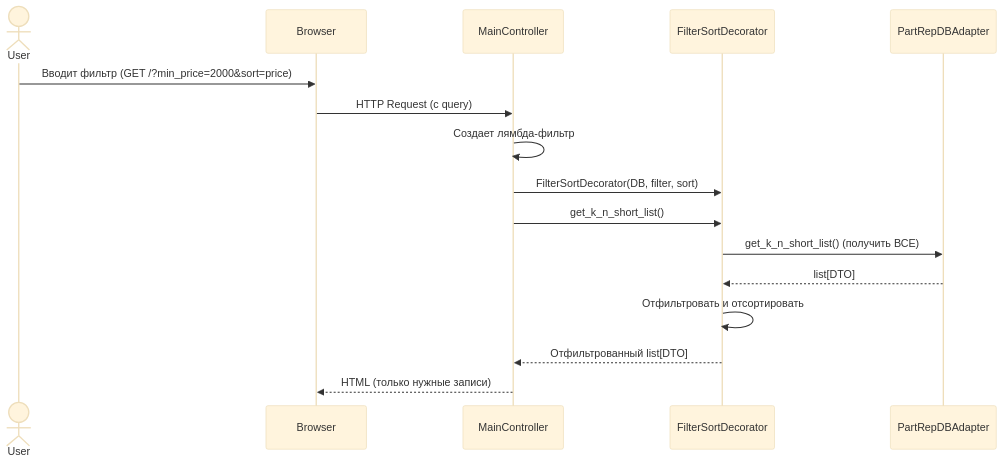
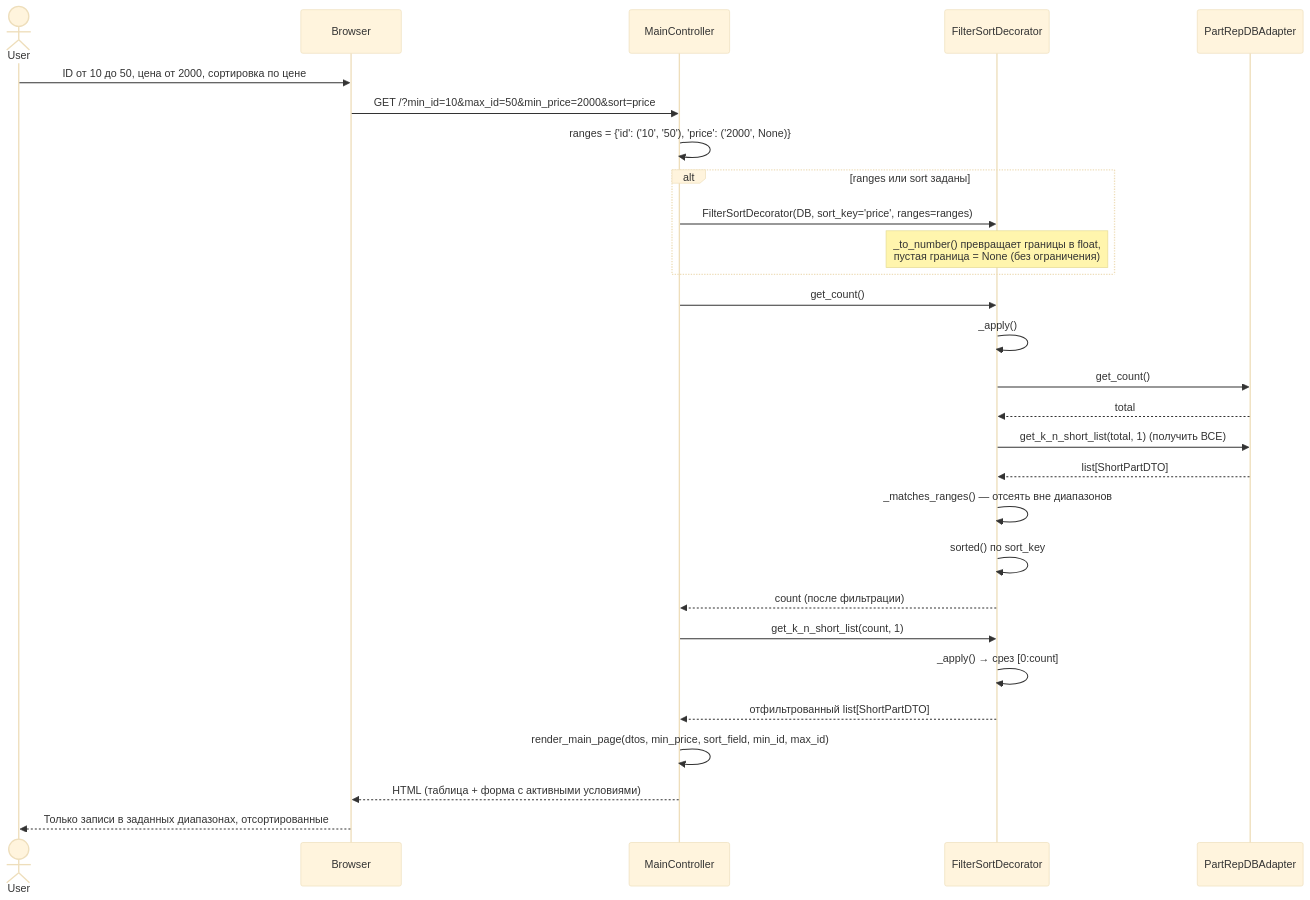
Before and after one commit to timxx21/lab2a: diagram 20 of 21 in README.md, drawn with Mermaid (base theme). The commit also changed other lines of this file, not shown here.

````diff
--- a/README.md
+++ b/README.md
@@ -868,19 +904,35 @@
 ```mermaid
 sequenceDiagram
     actor User
     participant Browser
     participant MainCtrl as MainController
     participant Decorator as FilterSortDecorator
     participant DB as PartRepDBAdapter
-    
-    User->>Browser: Вводит фильтр (GET /?min_price=2000&sort=price)
-    Browser->>MainCtrl: HTTP Request (с query)
-    MainCtrl->>MainCtrl: Создает лямбда-фильтр
-    MainCtrl->>Decorator: FilterSortDecorator(DB, filter, sort)
-    MainCtrl->>Decorator: get_k_n_short_list()
-    Decorator->>DB: get_k_n_short_list() (получить ВСЕ)
-    DB-->>Decorator: list[DTO]
-    Decorator->>Decorator: Отфильтровать и отсортировать
-    Decorator-->>MainCtrl: Отфильтрованный list[DTO]
-    MainCtrl-->>Browser: HTML (только нужные записи)
+
+    User->>Browser: ID от 10 до 50, цена от 2000, сортировка по цене
+    Browser->>MainCtrl: GET /?min_id=10&max_id=50&min_price=2000&sort=price
+    MainCtrl->>MainCtrl: ranges = {'id': ('10', '50'), 'price': ('2000', None)}
+
+    alt ranges или sort заданы
+        MainCtrl->>Decorator: FilterSortDecorator(DB, sort_key='price', ranges=ranges)
+        Note over Decorator: _to_number() превращает границы в float,<br/>пустая граница = None (без ограничения)
+    end
+
+    MainCtrl->>Decorator: get_count()
+    Decorator->>Decorator: _apply()
+    Decorator->>DB: get_count()
+    DB-->>Decorator: total
+    Decorator->>DB: get_k_n_short_list(total, 1) (получить ВСЕ)
+    DB-->>Decorator: list[ShortPartDTO]
+    Decorator->>Decorator: _matches_ranges() — отсеять вне диапазонов
+    Decorator->>Decorator: sorted() по sort_key
+    Decorator-->>MainCtrl: count (после фильтрации)
+
+    MainCtrl->>Decorator: get_k_n_short_list(count, 1)
+    Decorator->>Decorator: _apply() → срез [0:count]
+    Decorator-->>MainCtrl: отфильтрованный list[ShortPartDTO]
+
+    MainCtrl->>MainCtrl: render_main_page(dtos, min_price, sort_field, min_id, max_id)
+    MainCtrl-->>Browser: HTML (таблица + форма с активными условиями)
+    Browser-->>User: Только записи в заданных диапазонах, отсортированные
 ```
````
